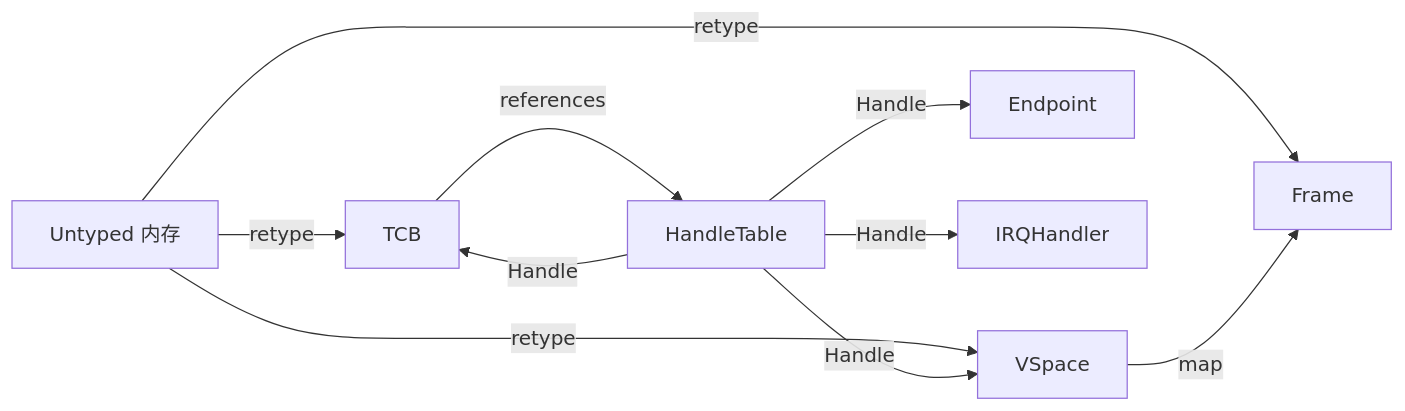
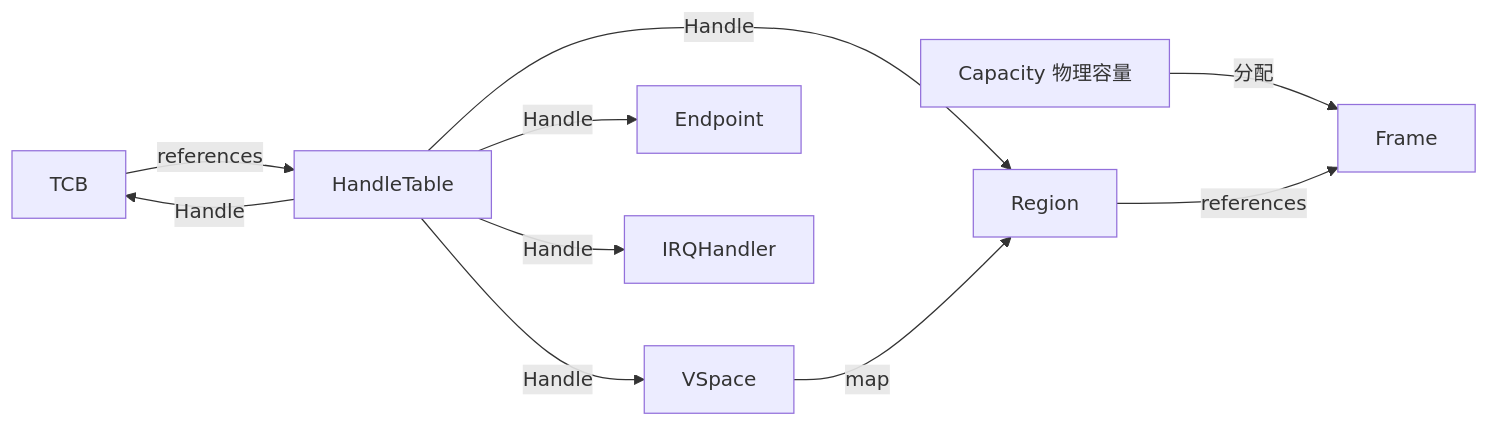
Before and after one commit to hongweifei/HolyKernel: the second of 5 diagrams in docs/architecture.md, drawn with Mermaid. The commit also changed other lines of this file and 9 other files, not shown here.

````diff
--- a/docs/architecture.md
+++ b/docs/architecture.md
@@ -123,12 +124,12 @@
 ```mermaid
 flowchart LR
-    Untyped["Untyped 内存"] -->|retype| TCB["TCB"]
-    Untyped -->|retype| VSpace["VSpace"]
-    Untyped -->|retype| Frame["Frame"]
-    TCB -->|references| HandleTable["HandleTable"]
+    Capacity["Capacity 物理容量"] -->|分配| Frame["Frame"]
+    TCB["TCB"] -->|references| HandleTable["HandleTable"]
     HandleTable -->|Handle| TCB
     HandleTable -->|Handle| VSpace
+    HandleTable -->|Handle| Region["Region"]
     HandleTable -->|Handle| Endpoint["Endpoint"]
     HandleTable -->|Handle| IRQ["IRQHandler"]
-    VSpace -->|map| Frame
+    VSpace -->|map| Region
+    Region -->|references| Frame
 ```
````
